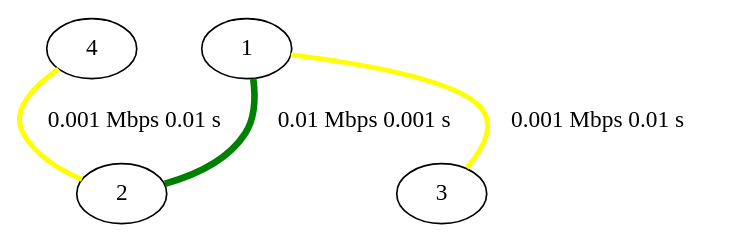
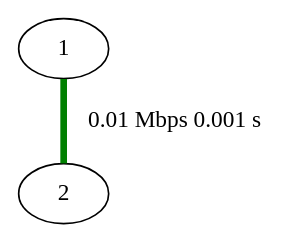
The diagram in network.gv (nonononoka/ntSimulator), drawn with Graphviz before and after one commit. The commit also changed 5 other files, not shown here.

```diff
--- a/network.gv
+++ b/network.gv
@@ -1,30 +1,14 @@
 strict graph {
 
-
-	"4" [  weight=0 ];
-
-	"4" -- "2" [ color="yellow", label="0.001 Mbps 0.01 s
-", penwidth="3.00",  weight=0 ];
 
 	"1" [  weight=0 ];
 
 	"1" -- "2" [ color="green", label="0.01 Mbps 0.001 s
 ", penwidth="4.00",  weight=0 ];
 
-	"1" -- "3" [ color="yellow", label="0.001 Mbps 0.01 s
-", penwidth="3.00",  weight=0 ];
-
 	"2" [  weight=0 ];
 
 	"2" -- "1" [ color="green", label="0.01 Mbps 0.001 s
 ", penwidth="4.00",  weight=0 ];
 
-	"2" -- "4" [ color="yellow", label="0.001 Mbps 0.01 s
-", penwidth="3.00",  weight=0 ];
-
-	"3" [  weight=0 ];
-
-	"3" -- "1" [ color="yellow", label="0.001 Mbps 0.01 s
-", penwidth="3.00",  weight=0 ];
-
 }
```
